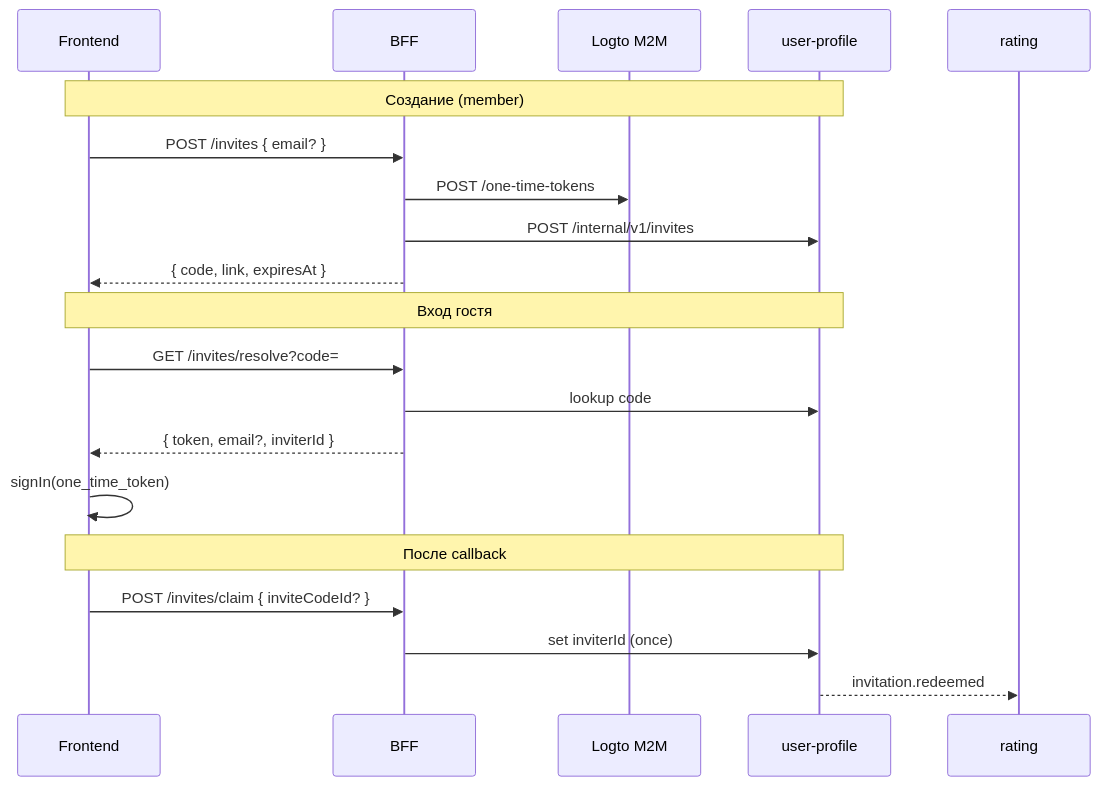
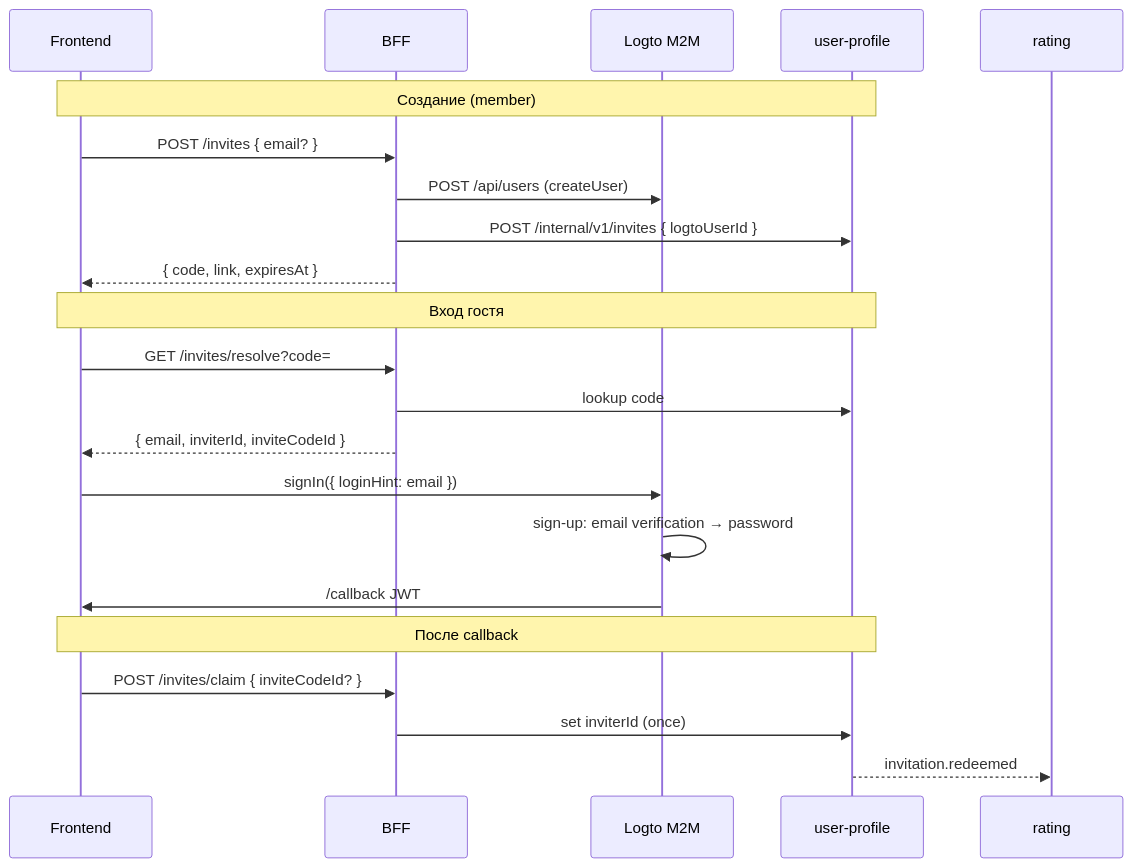
Before and after one commit to andrewb76/tavrida: the diagram in docs/05-microservices/bff/invites-api.md, drawn with Mermaid. The commit also changed other lines of this file and 21 other files, not shown here.

First line of the commit message:
feat(invite): replace one-time token with createUser + loginHint

````diff
--- a/docs/05-microservices/bff/invites-api.md
+++ b/docs/05-microservices/bff/invites-api.md
@@ -26,24 +26,26 @@
 ```mermaid
 sequenceDiagram
   participant F as Frontend
   participant B as BFF
   participant L as Logto M2M
   participant UP as user-profile
 
   Note over F,UP: Создание (member)
   F->>B: POST /invites { email? }
-  B->>L: POST /one-time-tokens
-  B->>UP: POST /internal/v1/invites
+  B->>L: POST /api/users (createUser)
+  B->>UP: POST /internal/v1/invites { logtoUserId }
   B-->>F: { code, link, expiresAt }
 
   Note over F,UP: Вход гостя
   F->>B: GET /invites/resolve?code=
   B->>UP: lookup code
-  B-->>F: { token, email?, inviterId }
-  F->>F: signIn(one_time_token)
+  B-->>F: { email, inviterId, inviteCodeId }
+  F->>L: signIn({ loginHint: email })
+  L->>L: sign-up: email verification → password
+  L->>F: /callback JWT
 
   Note over F,UP: После callback
   F->>B: POST /invites/claim { inviteCodeId? }
   B->>UP: set inviterId (once)
   UP-->>rating: invitation.redeemed
 ```
````
